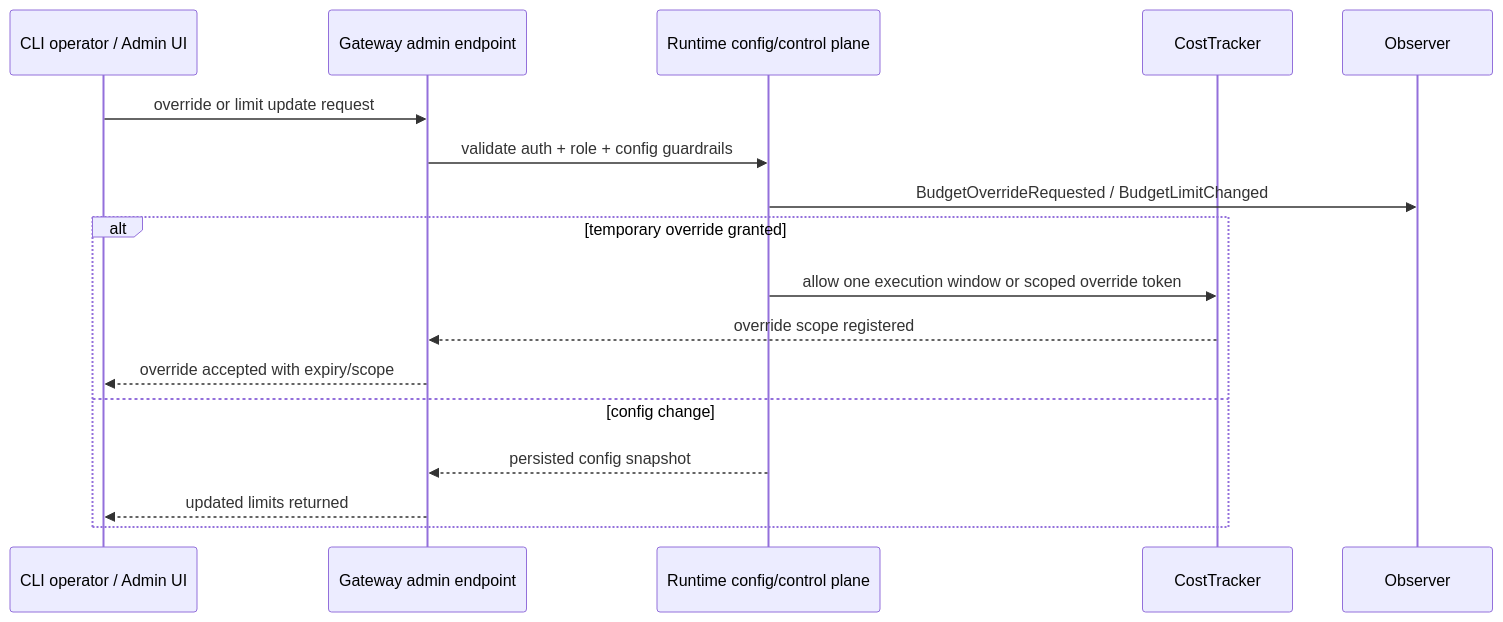
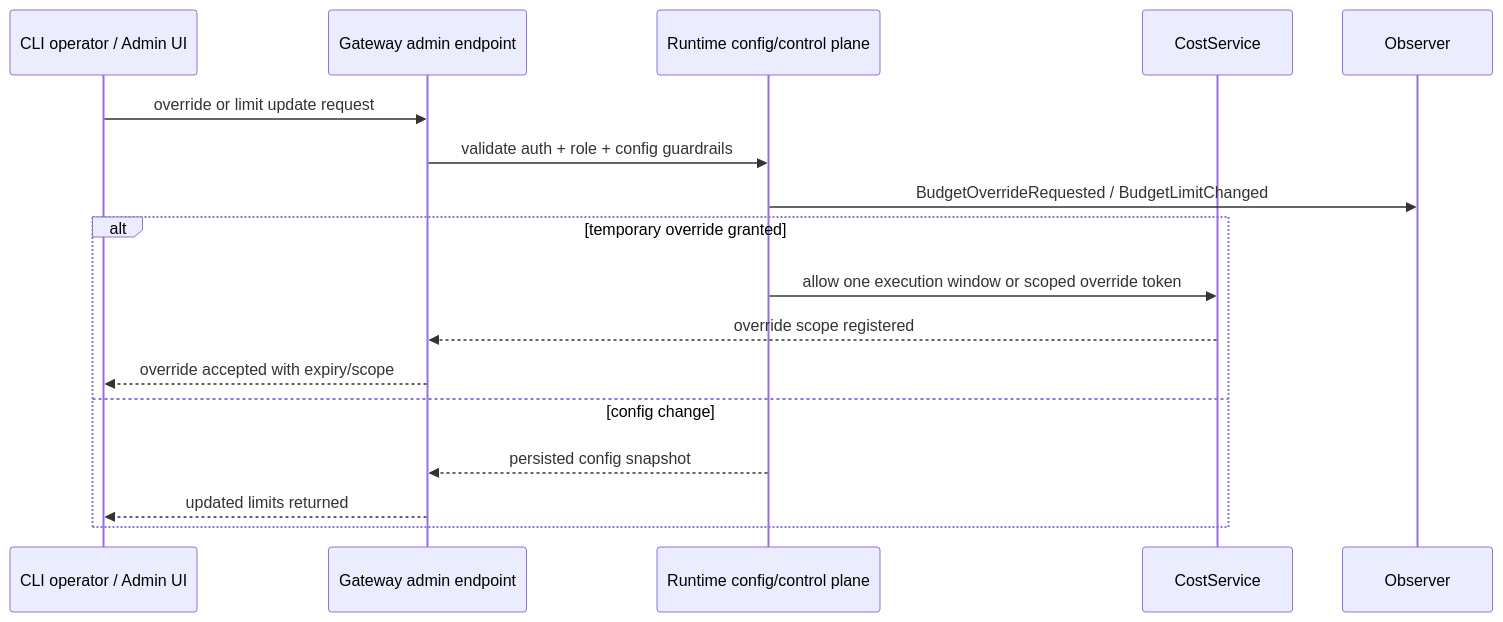
The second of 2 diagrams in openspec/changes/archive/2026-04-06-2026-04-06-cost-governance-productization/design.md (dallay/corvus), drawn with Mermaid before and after one commit. The commit also changed other lines of this file and 9 other files, not shown here.

````diff
--- a/openspec/changes/archive/2026-04-06-2026-04-06-cost-governance-productization/design.md
+++ b/openspec/changes/archive/2026-04-06-2026-04-06-cost-governance-productization/design.md
@@ -146,20 +149,20 @@
 ```mermaid
 sequenceDiagram
   participant Operator as CLI operator / Admin UI
   participant API as Gateway admin endpoint
   participant Runtime as Runtime config/control plane
-  participant Tracker as CostTracker
+  participant Cost as CostService
   participant Obs as Observer
 
   Operator->>API: override or limit update request
   API->>Runtime: validate auth + role + config guardrails
   Runtime->>Obs: BudgetOverrideRequested / BudgetLimitChanged
   alt temporary override granted
-    Runtime->>Tracker: allow one execution window or scoped override token
-    Tracker-->>API: override scope registered
+    Runtime->>Cost: allow one execution window or scoped override token
+    Cost-->>API: override scope registered
     API-->>Operator: override accepted with expiry/scope
   else config change
     Runtime-->>API: persisted config snapshot
     API-->>Operator: updated limits returned
   end
 ```
````
